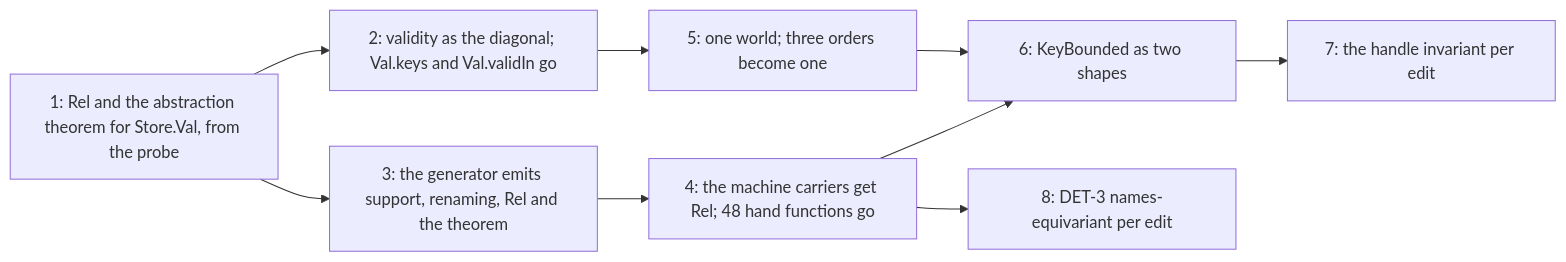
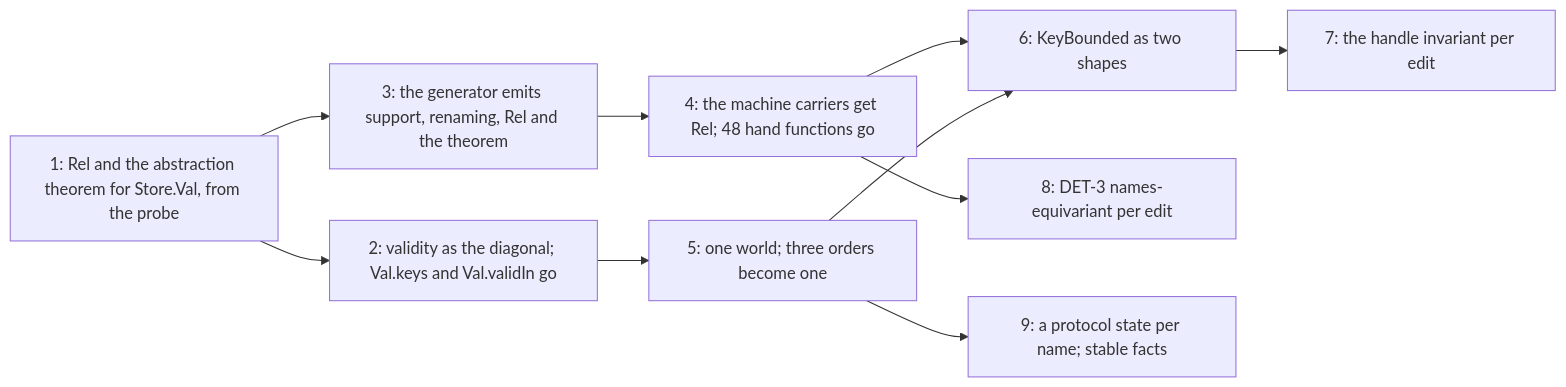
One commit to pure-algebra/lean4-effect4 changed the second of 2 diagrams in docs/research/2026-10-11-handles/README.md. Above: the diagram before and after it, drawn with Mermaid. The commit also changed other lines of this file and 3 other files, not shown here.

First line of the commit message:
research: handles - a protocol state per name; the Deferred store probe

````diff
--- a/docs/research/2026-10-11-handles/README.md
+++ b/docs/research/2026-10-11-handles/README.md
@@ -216,11 +250,12 @@
 ```mermaid
 flowchart LR
   A[1: Rel and the abstraction theorem for Store.Val, from the probe] --> B[2: validity as the diagonal; Val.keys and Val.validIn go]
   A --> C[3: the generator emits support, renaming, Rel and the theorem]
   C --> D[4: the machine carriers get Rel; 48 hand functions go]
   B --> E[5: one world; three orders become one]
   D --> F[6: KeyBounded as two shapes]
   E --> F
   F --> G[7: the handle invariant per edit]
   D --> H[8: DET-3 names-equivariant per edit]
+  E --> P[9: a protocol state per name; stable facts]
 ```
````
